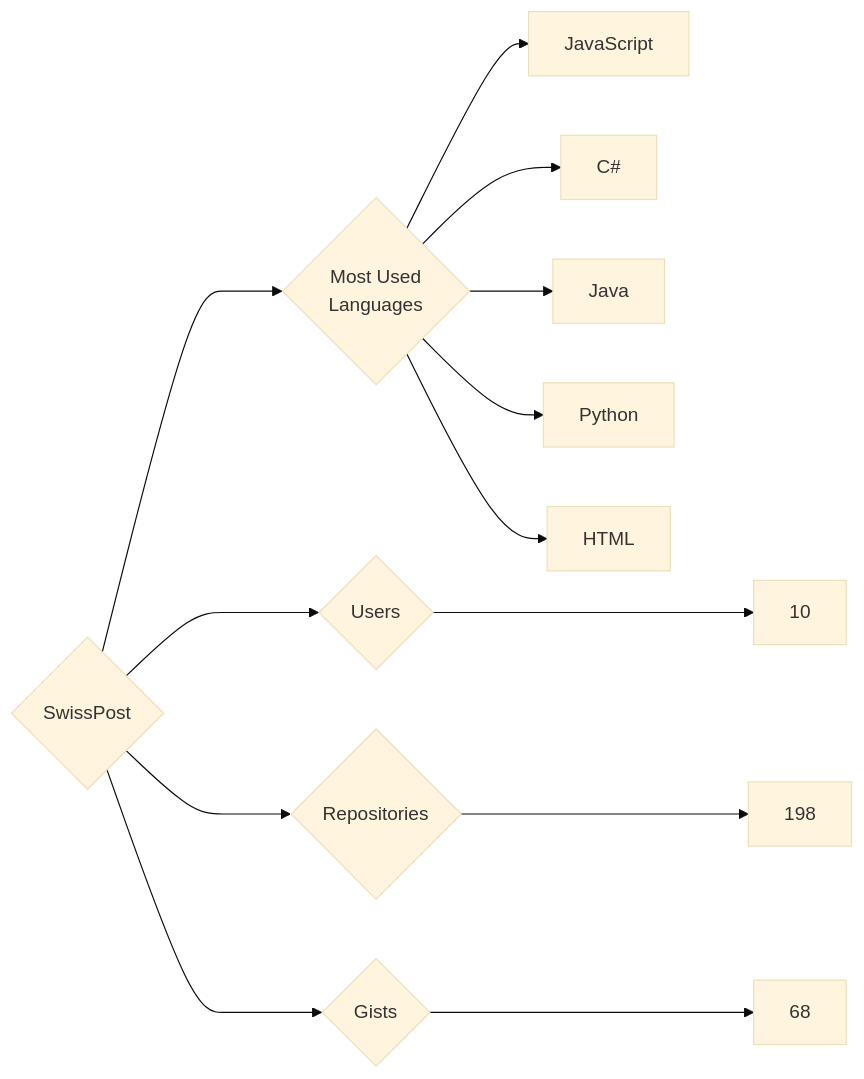
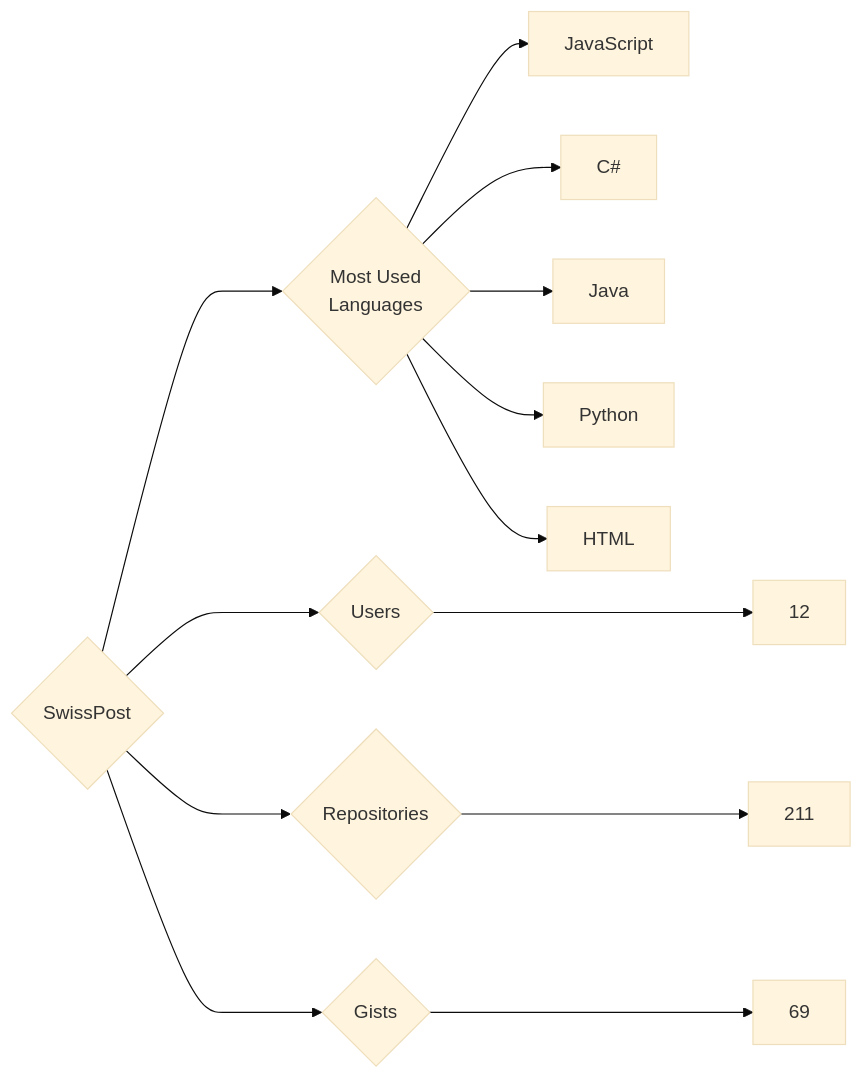
Before and after one commit to trickest/insiders: the diagram in targets/SwissPost/README.md, drawn with Mermaid (base theme). The commit also changed 1696 other files, not shown here.

````diff
--- a/targets/SwissPost/README.md
+++ b/targets/SwissPost/README.md
@@ -3,13 +3,13 @@
 ```mermaid
 graph LR
 COMPANY_NAME{SwissPost}
-COMPANY_NAME ---> U{Users} ---> UN[10]
-COMPANY_NAME ---> R{Repositories} ---> RN[198]
-COMPANY_NAME ---> G{Gists} ---> GN[68]
+COMPANY_NAME ---> U{Users} ---> UN[12]
+COMPANY_NAME ---> R{Repositories} ---> RN[211]
+COMPANY_NAME ---> G{Gists} ---> GN[69]
 COMPANY_NAME ---> ML{Most Used<br>Languages}
 ML --> JavaScript[JavaScript]
 ML --> C#[C#]
 ML --> Java[Java]
 ML --> Python[Python]
 ML --> HTML[HTML]
 ```
````
